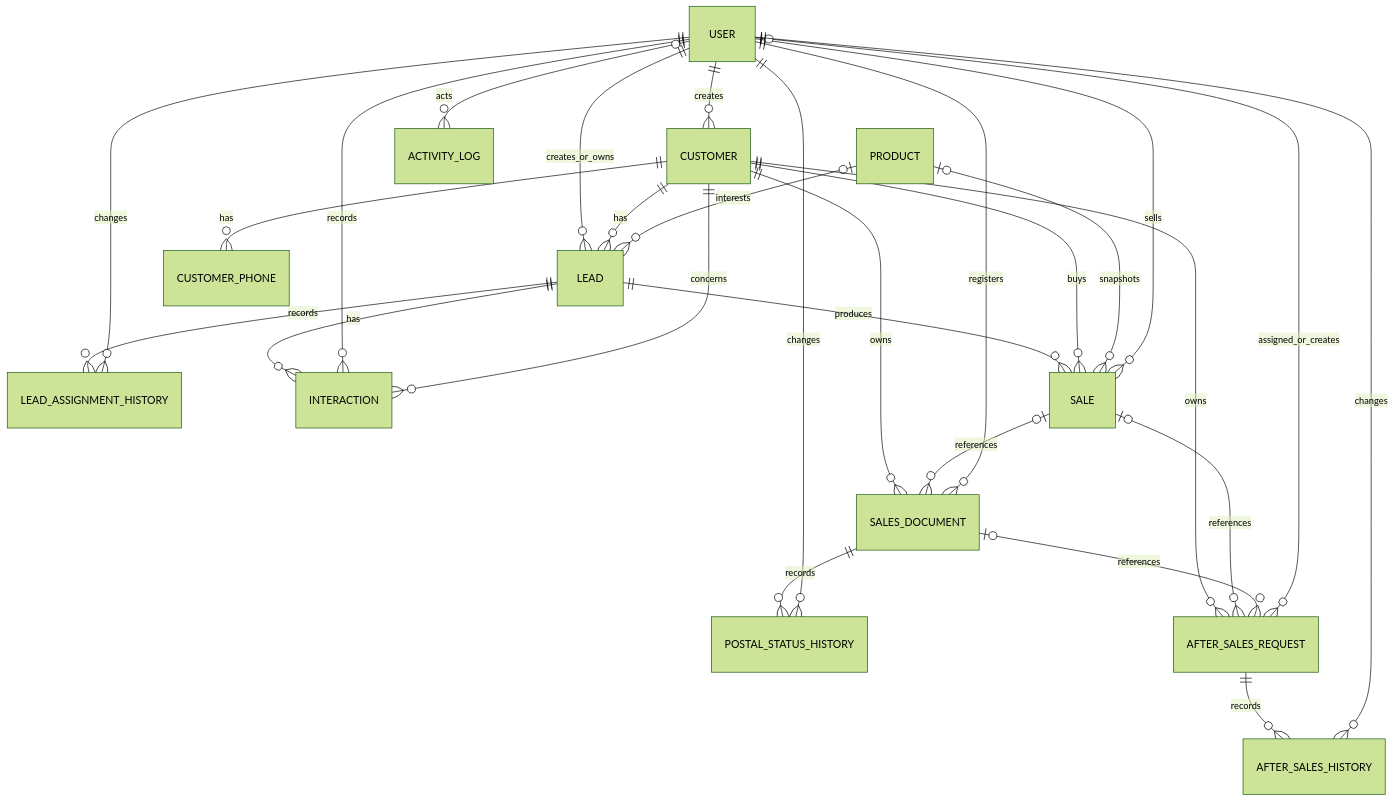
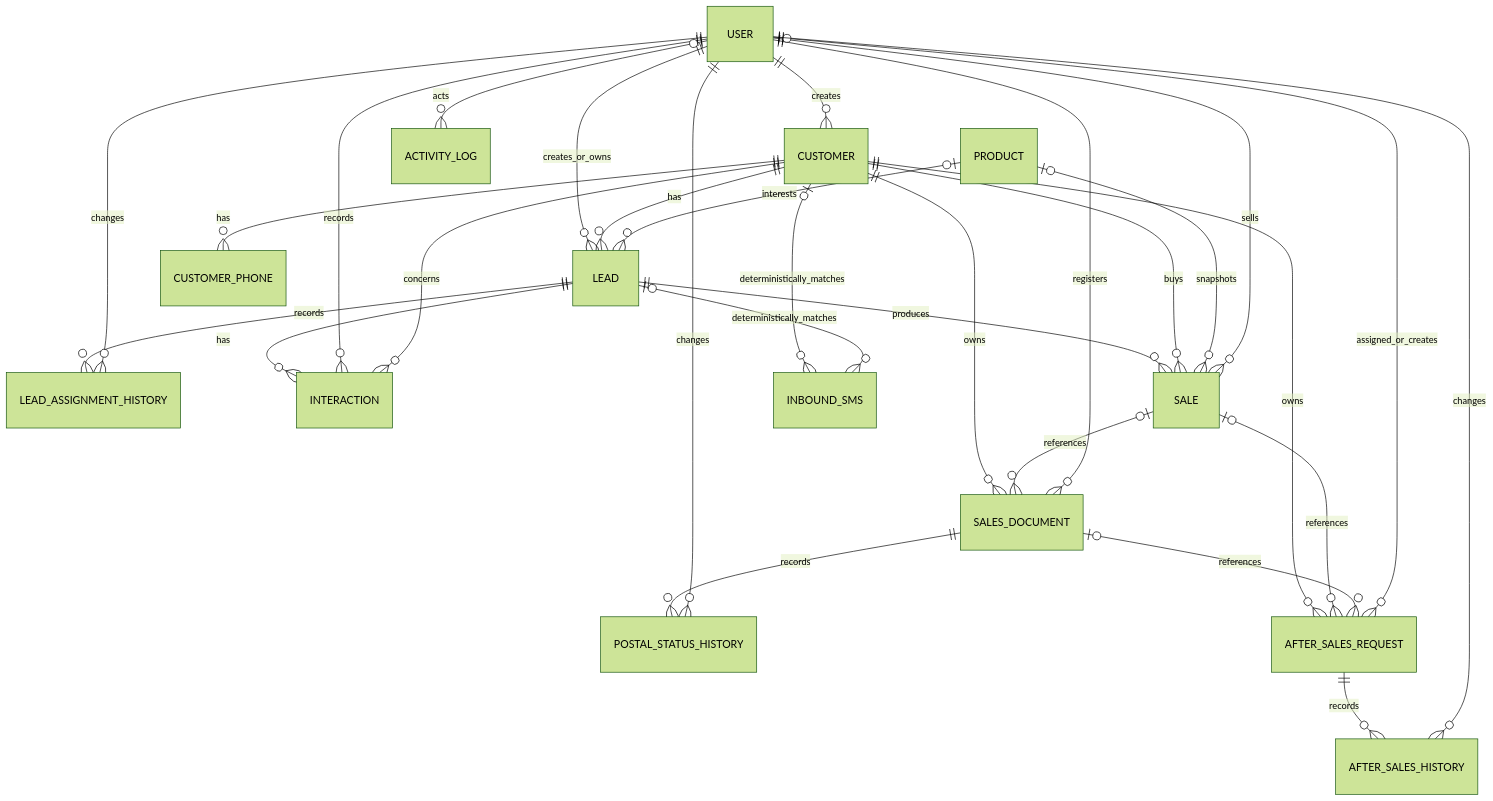
The diagram in docs/backend/ERD.mmd (Ilia-Shakeri/Dolphin), drawn with Mermaid (forest theme) before and after one commit. The commit also changed 37 other files, not shown here.

First line of the commit message:
feat: Implement Inbound SMS handling with reporting and drilldown capabilities

```diff
--- a/docs/backend/ERD.mmd
+++ b/docs/backend/ERD.mmd
@@ -1,27 +1,29 @@
 erDiagram
     USER ||--o{ CUSTOMER : creates
     USER ||--o{ LEAD : creates_or_owns
     CUSTOMER ||--o{ CUSTOMER_PHONE : has
     CUSTOMER ||--o{ LEAD : has
     PRODUCT o|--o{ LEAD : interests
     LEAD ||--o{ LEAD_ASSIGNMENT_HISTORY : records
     USER ||--o{ LEAD_ASSIGNMENT_HISTORY : changes
     LEAD ||--o{ INTERACTION : has
     USER ||--o{ INTERACTION : records
     CUSTOMER ||--o{ INTERACTION : concerns
     LEAD ||--o{ SALE : produces
     CUSTOMER ||--o{ SALE : buys
     PRODUCT o|--o{ SALE : snapshots
     USER ||--o{ SALE : sells
     CUSTOMER ||--o{ SALES_DOCUMENT : owns
     SALE o|--o{ SALES_DOCUMENT : references
     USER ||--o{ SALES_DOCUMENT : registers
     SALES_DOCUMENT ||--o{ POSTAL_STATUS_HISTORY : records
     USER ||--o{ POSTAL_STATUS_HISTORY : changes
     CUSTOMER ||--o{ AFTER_SALES_REQUEST : owns
     SALE o|--o{ AFTER_SALES_REQUEST : references
     SALES_DOCUMENT o|--o{ AFTER_SALES_REQUEST : references
     USER o|--o{ AFTER_SALES_REQUEST : assigned_or_creates
     AFTER_SALES_REQUEST ||--o{ AFTER_SALES_HISTORY : records
     USER ||--o{ AFTER_SALES_HISTORY : changes
     USER o|--o{ ACTIVITY_LOG : acts
+    CUSTOMER o|--o{ INBOUND_SMS : deterministically_matches
+    LEAD o|--o{ INBOUND_SMS : deterministically_matches
```
